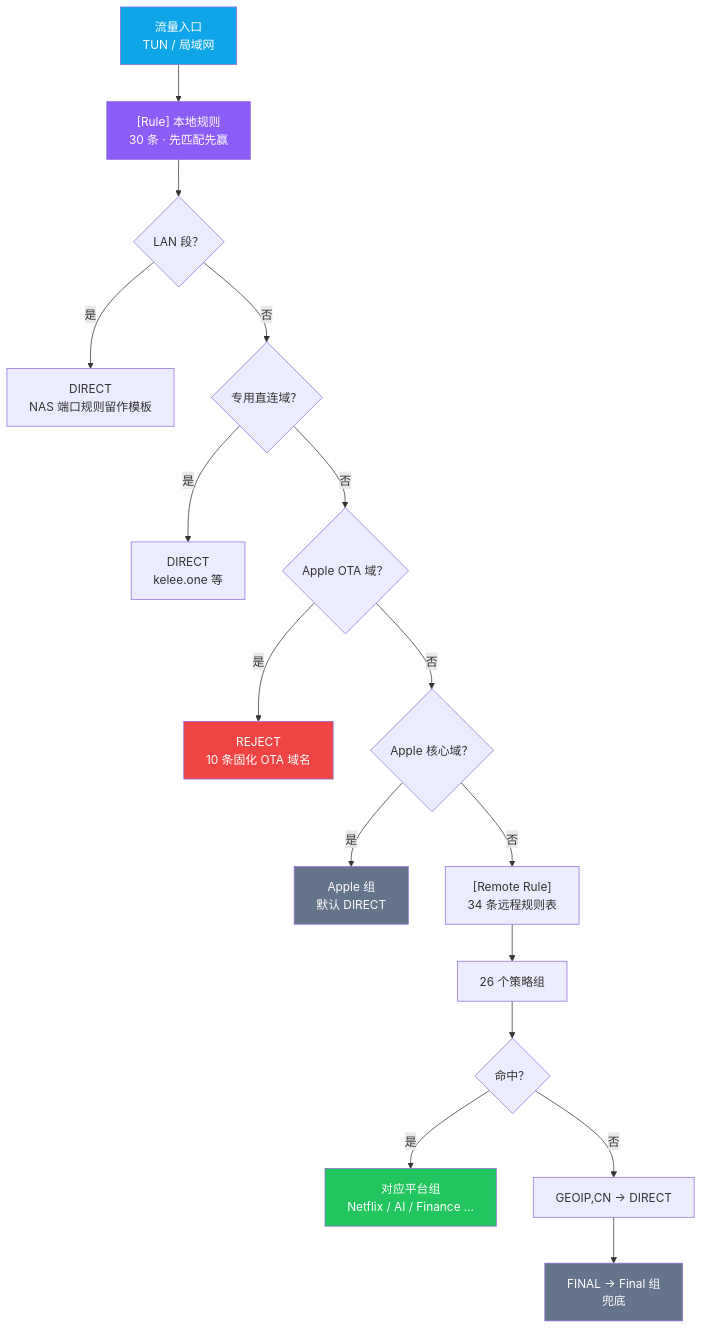
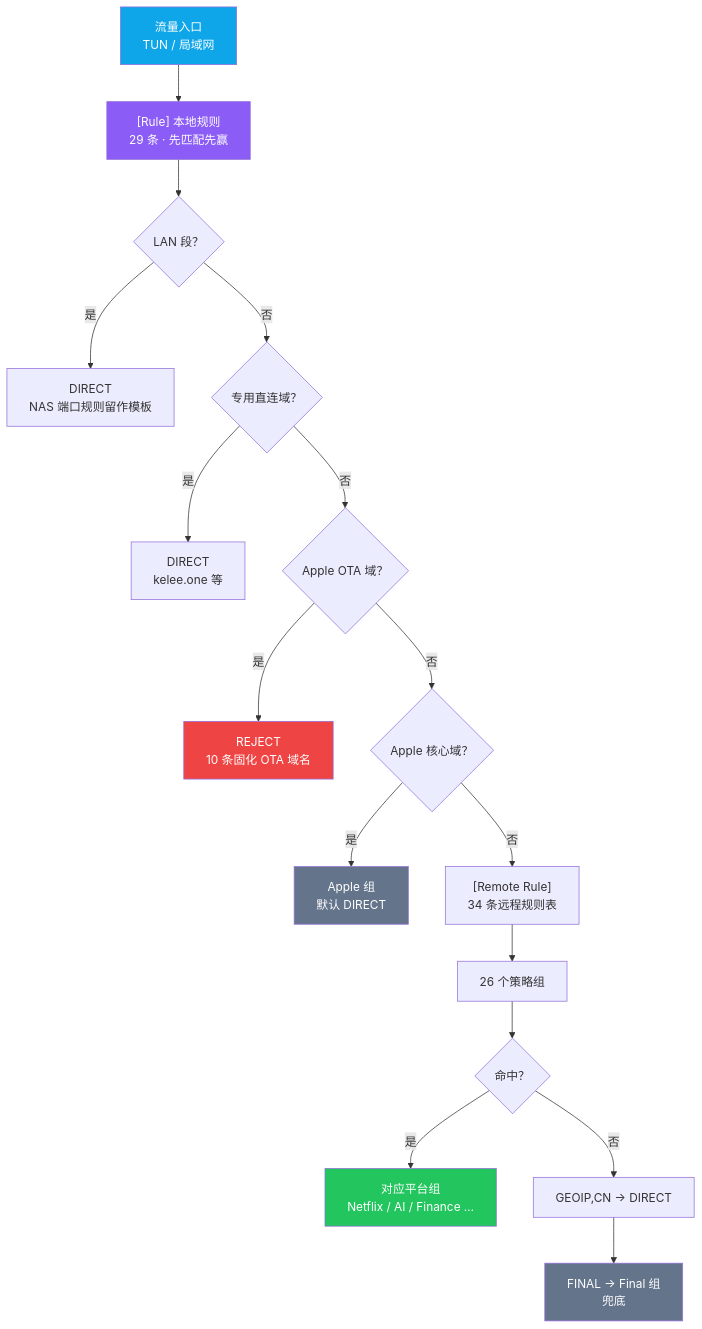
One commit to abobb414/loon-config changed the first of 2 diagrams in README.md. Above: the diagram before and after it, drawn with Mermaid. The commit also changed other lines of this file and 5 other files, not shown here.

````diff
--- a/README.md
+++ b/README.md
@@ -79,25 +79,25 @@
 ```mermaid
 flowchart TD
-    A["流量入口<br/>TUN / 局域网"] --> B["[Rule] 本地规则<br/>30 条 · 先匹配先赢"]
+    A["流量入口<br/>TUN / 局域网"] --> B["[Rule] 本地规则<br/>29 条 · 先匹配先赢"]
     B --> C{"LAN 段？"}
     C -->|"是"| D["DIRECT<br/>NAS 端口规则留作模板"]
     C -->|"否"| E{"专用直连域？"}
     E -->|"是"| F["DIRECT<br/>kelee.one 等"]
     E -->|"否"| G{"Apple OTA 域？"}
     G -->|"是"| H["REJECT<br/>10 条固化 OTA 域名"]
     G -->|"否"| I{"Apple 核心域？"}
     I -->|"是"| J["Apple 组<br/>默认 DIRECT"]
     I -->|"否"| K["[Remote Rule]<br/>34 条远程规则表"]
     K --> L["26 个策略组"]
     L --> M{"命中？"}
     M -->|"是"| N["对应平台组<br/>Netflix / AI / Finance …"]
     M -->|"否"| O["GEOIP,CN → DIRECT"]
     O --> P["FINAL → Final 组<br/>兜底"]
 
     style A fill:#0ea5e9,color:#fff
     style B fill:#8b5cf6,color:#fff
     style H fill:#ef4444,color:#fff
     style J fill:#64748b,color:#fff
     style N fill:#22c55e,color:#fff
     style P fill:#64748b,color:#fff
 ```
````
